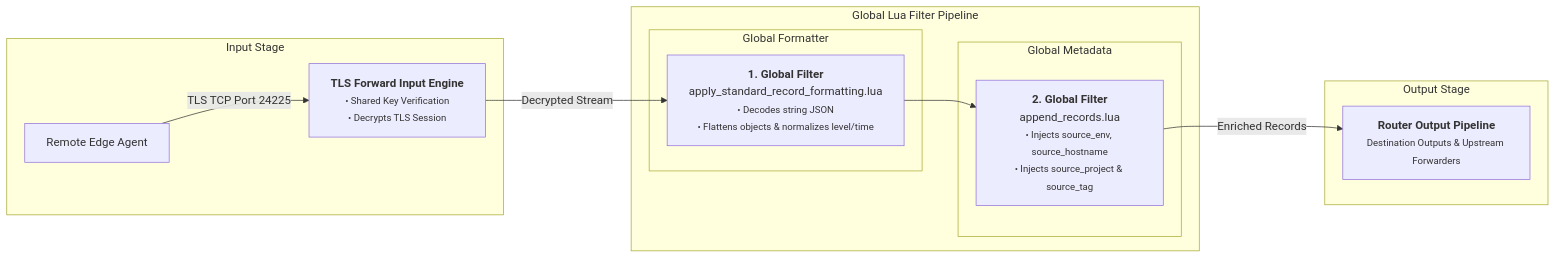
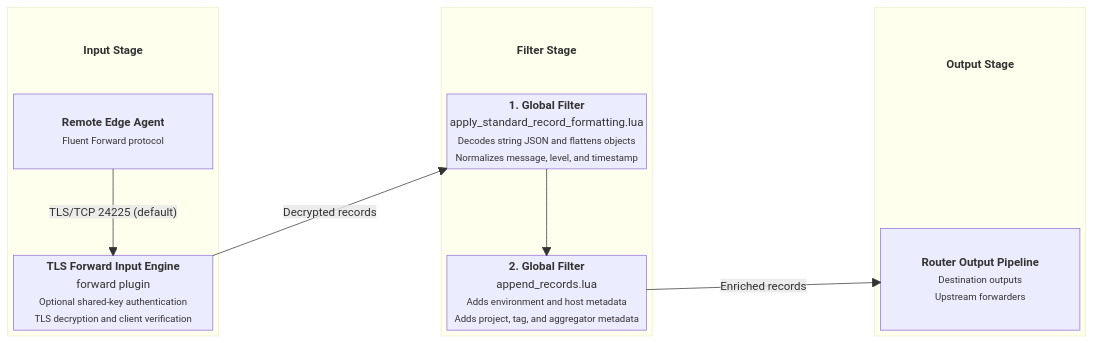
One commit to Josh5/fluent-bit-router changed the diagram in docs/input-tls-forward.md. Above: the diagram before and after it, drawn with Mermaid. The commit also changed 11 other files, not shown here.

Commit message:
Improvements to the mermaid diagrams

````diff
--- a/docs/input-tls-forward.md
+++ b/docs/input-tls-forward.md
@@ -53,35 +53,40 @@
 ```mermaid
-flowchart LR
-    %% TOP BLOCK: INPUT STAGE
-    subgraph InputStage [Input Stage]
-        A["Remote Edge Agent"] -->|TLS TCP Port 24225| B["<b>TLS Forward Input Engine</b><br><small>• Shared Key Verification<br>• Decrypts TLS Session</small>"]
+block-beta
+    columns 5
+
+    block:InputStage
+        columns 1
+        InputTitle["<b>Input Stage</b>"]
+        A["<b>Remote Edge Agent</b><br/><small>Fluent Forward protocol</small>"]
+        space
+        B["<b>TLS Forward Input Engine</b><br/>forward plugin<br/><small>Optional shared-key authentication<br/>TLS decryption and client verification</small>"]
     end
 
-    %% Drop down connection to filter pipeline
-    B -->|Decrypted Stream| C
+    space
 
-    %% MIDDLE BLOCK: LUA FILTER PIPELINE
-    subgraph FilterPipeline [Global Lua Filter Pipeline]
-        subgraph GlobalFormatting [Global Formatter]
-            C["<b>1. Global Filter</b><br>apply_standard_record_formatting.lua<br><small>• Decodes string JSON<br>• Flattens objects & normalizes level/time</small>"]
-        end
-
-        C --> D
-
-        subgraph GlobalEnrichment [Global Metadata]
-            D["<b>2. Global Filter</b><br>append_records.lua<br><small>• Injects source_env, source_hostname<br>• Injects source_project & source_tag</small>"]
-        end
+    block:FilterStage
+        columns 1
+        FilterTitle["<b>Filter Stage</b>"]
+        C["<b>1. Global Filter</b><br/>apply_standard_record_formatting.lua<br/><small>Decodes string JSON and flattens objects<br/>Normalizes message, level, and timestamp</small>"]
+        space
+        D["<b>2. Global Filter</b><br/>append_records.lua<br/><small>Adds environment and host metadata<br/>Adds project, tag, and aggregator metadata</small>"]
     end
 
-    %% Drop down connection to output stage
-    D -->|Enriched Records| E
+    space
 
-    %% BOTTOM BLOCK: OUTPUT STAGE
-    subgraph OutputStage [Output Stage]
-        E["<b>Router Output Pipeline</b><br><small>Destination Outputs & Upstream Forwarders</small>"]
+    block:OutputStage
+        columns 1
+        OutputTitle["<b>Output Stage</b>"]
+        space
+        E["<b>Router Output Pipeline</b><br/><small>Destination outputs<br/>Upstream forwarders</small>"]
     end
 
-    %% Structural layout constraints
-    InputStage ~~~ FilterPipeline
-    FilterPipeline ~~~ OutputStage
+    A -- "TLS/TCP 24225 (default)" --> B
+    B -- "Decrypted records" --> C
+    C --> D
+    D -- "Enriched records" --> E
+
+    style InputTitle fill:none,stroke:none
+    style FilterTitle fill:none,stroke:none
+    style OutputTitle fill:none,stroke:none
 ```
````
